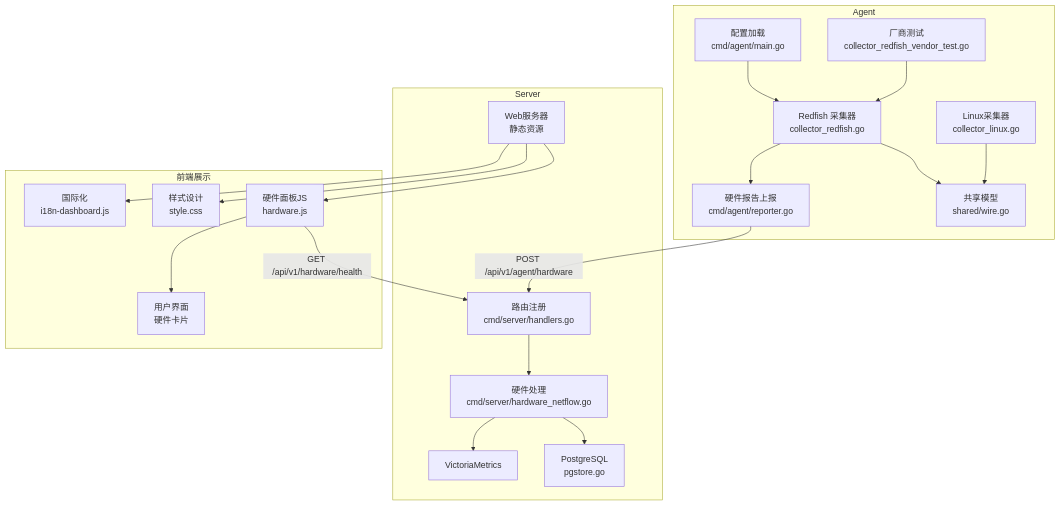
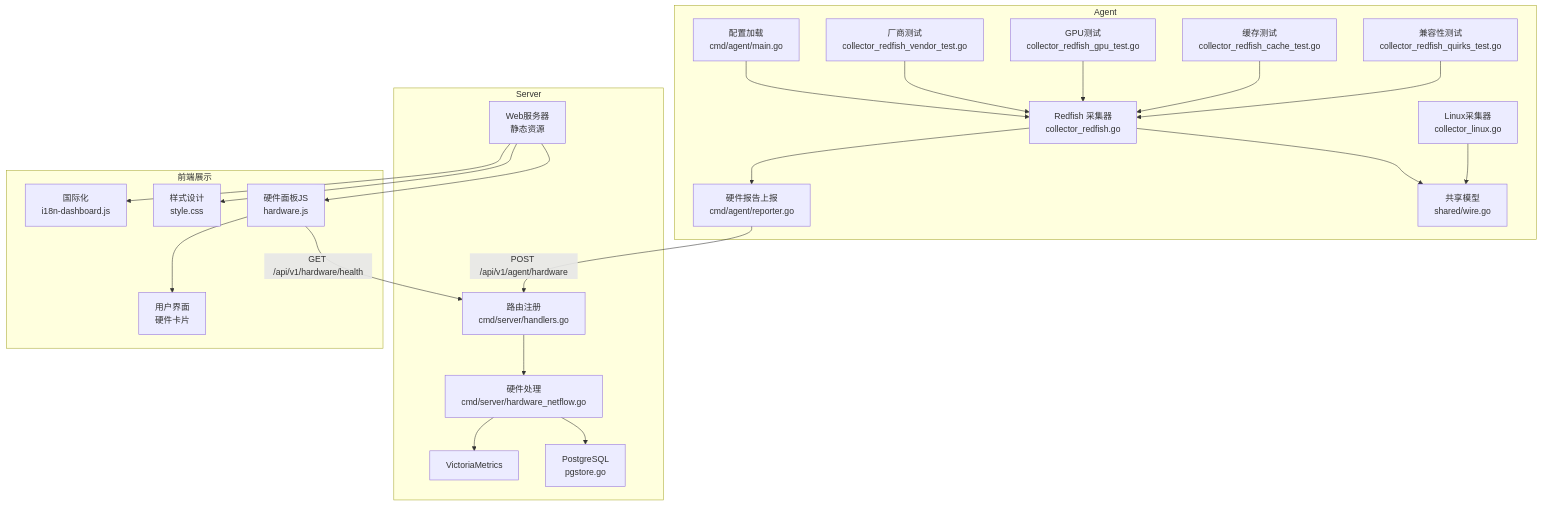
Before and after one commit to sreyun/aiops-monitor: the first of 6 diagrams in .qoder/repowiki/zh/content/架构设计/Agent 客户端架构/Redfish硬件采集器.md, drawn with Mermaid. The commit also changed other lines of this file and 41 other files, not shown here.

````diff
--- a/.qoder/repowiki/zh/content/架构设计/Agent 客户端架构/Redfish硬件采集器.md
+++ b/.qoder/repowiki/zh/content/架构设计/Agent 客户端架构/Redfish硬件采集器.md
@@ -64,38 +73,44 @@
 ```mermaid
 graph TB
 subgraph "Agent"
 RF["Redfish 采集器<br/>collector_redfish.go"]
 CFG["配置加载<br/>cmd/agent/main.go"]
 SHARED["共享模型<br/>shared/wire.go"]
 REP["硬件报告上报<br/>cmd/agent/reporter.go"]
 LINUX["Linux采集器<br/>collector_linux.go"]
 TEST["厂商测试<br/>collector_redfish_vendor_test.go"]
+GPU_TEST["GPU测试<br/>collector_redfish_gpu_test.go"]
+CACHE_TEST["缓存测试<br/>collector_redfish_cache_test.go"]
+QUIRKS_TEST["兼容性测试<br/>collector_redfish_quirks_test.go"]
 end
 subgraph "Server"
 HND["路由注册<br/>cmd/server/handlers.go"]
 HW["硬件处理<br/>cmd/server/hardware_netflow.go"]
 PG["PostgreSQL<br/>pgstore.go"]
 VM["VictoriaMetrics"]
 WEB["Web服务器<br/>静态资源"]
 end
 subgraph "前端展示"
 JS["硬件面板JS<br/>hardware.js"]
 CSS["样式设计<br/>style.css"]
 I18N["国际化<br/>i18n-dashboard.js"]
 UI["用户界面<br/>硬件卡片"]
 end
 CFG --> RF
 RF --> SHARED
 RF --> REP
 REP --> |"POST /api/v1/agent/hardware"| HND
 HND --> HW
 HW --> PG
 HW --> VM
 WEB --> JS
 WEB --> CSS
 WEB --> I18N
 JS --> |"GET /api/v1/hardware/health"| HND
 JS --> UI
 LINUX --> SHARED
 TEST --> RF
+GPU_TEST --> RF
+CACHE_TEST --> RF
+QUIRKS_TEST --> RF
 ```
````
